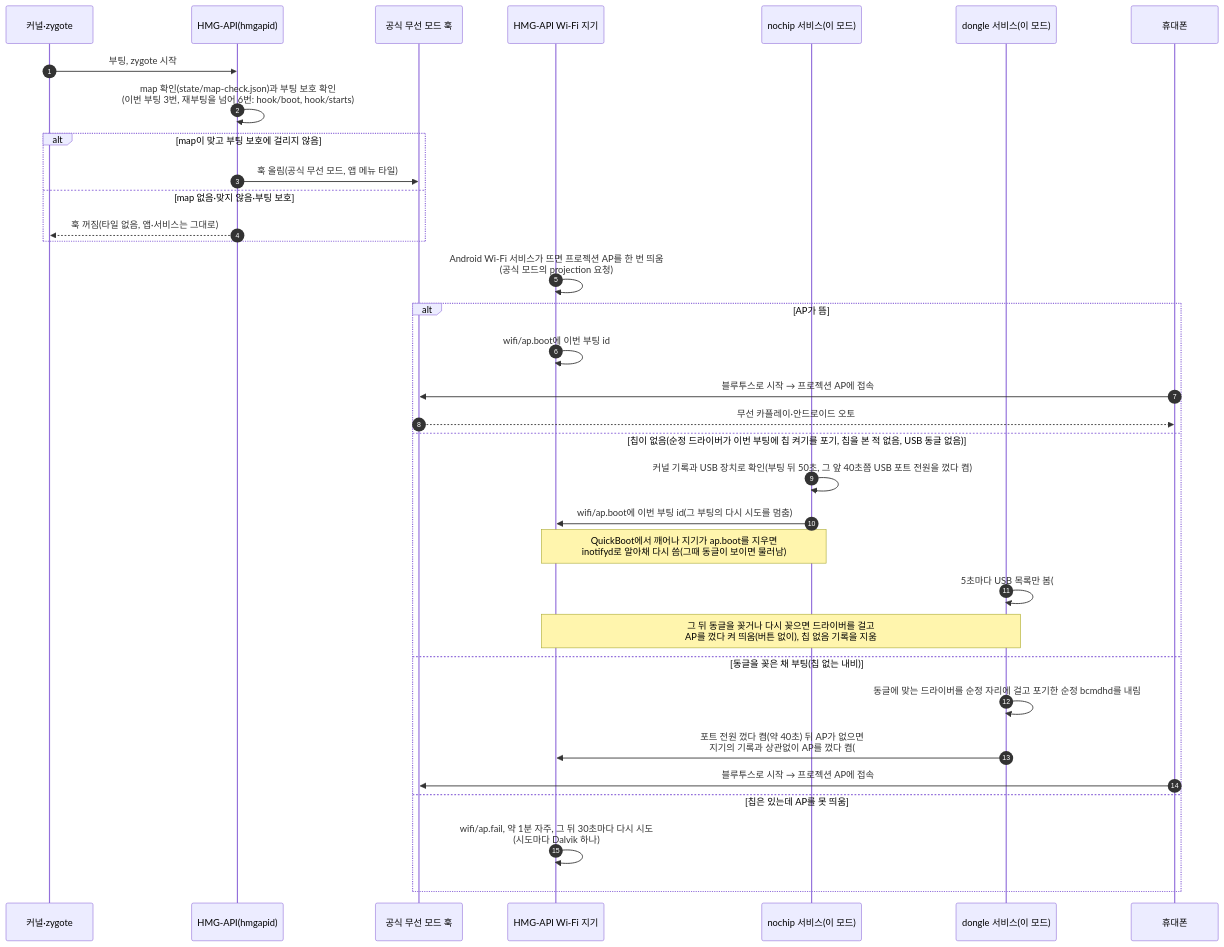
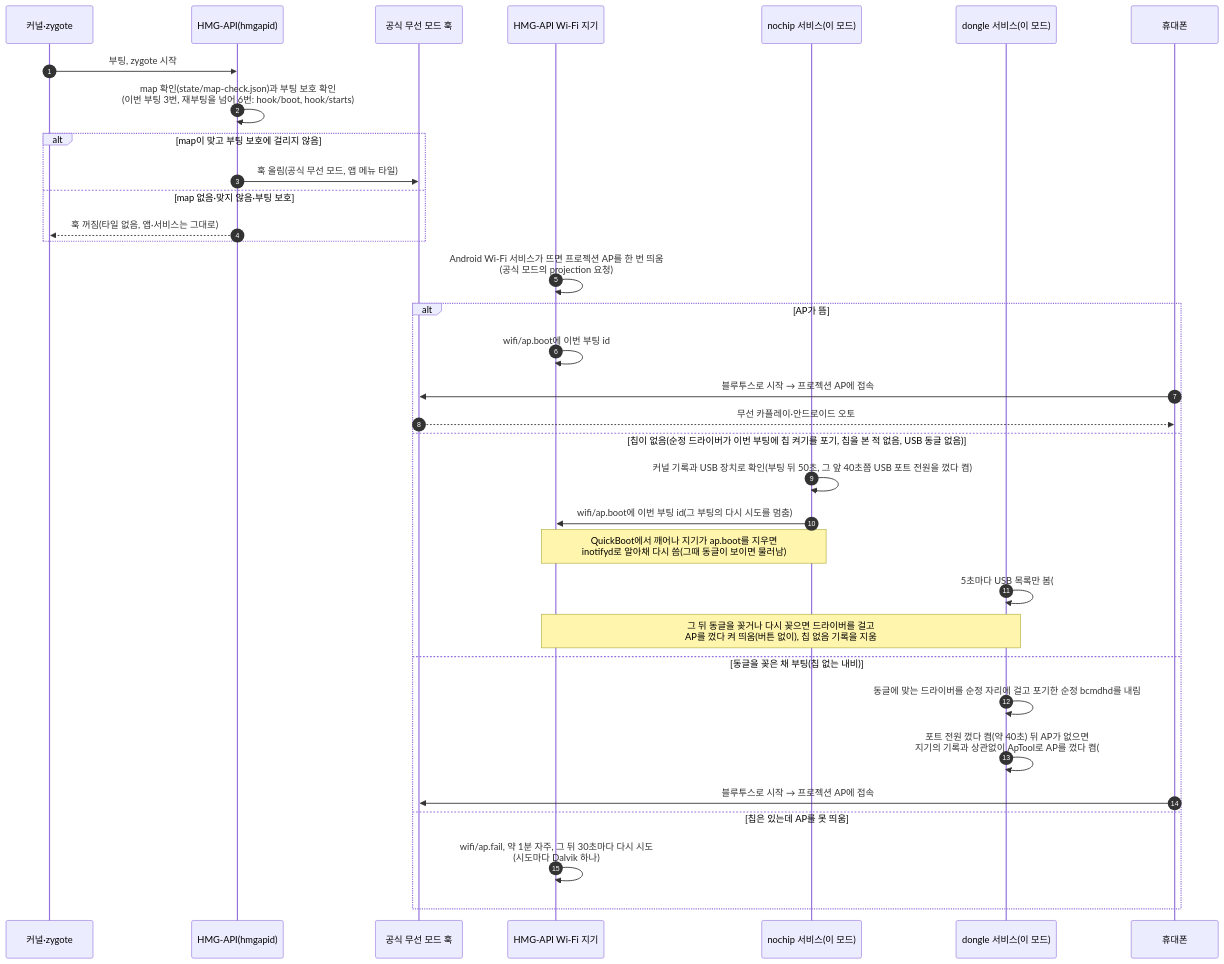
The fourth of 7 diagrams in docs/flow.md (jay-park-lab/hmgapi-nx4-kor), drawn with Mermaid before and after one commit. The commit also changed 7 other files, not shown here.

````diff
--- a/docs/flow.md
+++ b/docs/flow.md
@@ -131,37 +131,37 @@
 ```mermaid
 sequenceDiagram
   autonumber
   participant K as 커널·zygote
   participant H as HMG-API(hmgapid)
   participant W as 공식 무선 모드 훅
   participant A as HMG-API Wi-Fi 지기
   participant N as nochip 서비스(이 모드)
   participant D as dongle 서비스(이 모드)
   participant P as 휴대폰
 
   K->>H: 부팅, zygote 시작
   H->>H: map 확인(state/map-check.json)과 부팅 보호 확인<br/>(이번 부팅 3번, 재부팅을 넘어 6번: hook/boot, hook/starts)
   alt map이 맞고 부팅 보호에 걸리지 않음
     H->>W: 훅 올림(공식 무선 모드, 앱 메뉴 타일)
   else map 없음·맞지 않음·부팅 보호
     H-->>K: 훅 꺼짐(타일 없음, 앱·서비스는 그대로)
   end
   A->>A: Android Wi-Fi 서비스가 뜨면 프로젝션 AP를 한 번 띄움<br/>(공식 모드의 projection 요청)
   alt AP가 뜸
     A->>A: wifi/ap.boot에 이번 부팅 id
     P->>W: 블루투스로 시작 → 프로젝션 AP에 접속
     W-->>P: 무선 카플레이·안드로이드 오토
   else 칩이 없음(순정 드라이버가 이번 부팅에 칩 켜기를 포기, 칩을 본 적 없음, USB 동글 없음)
     N->>N: 커널 기록과 USB 장치로 확인(부팅 뒤 50초, 그 앞 40초쯤 USB 포트 전원을 껐다 켬)
     N->>A: wifi/ap.boot에 이번 부팅 id(그 부팅의 다시 시도를 멈춤)
     Note over N,A: QuickBoot에서 깨어나 지기가 ap.boot를 지우면<br/>inotifyd로 알아채 다시 씀(그때 동글이 보이면 물러남)
     D->>D: 5초마다 USB 목록만 봄(#107)
     Note over D,A: 그 뒤 동글을 꽂거나 다시 꽂으면 드라이버를 걸고<br/>AP를 껐다 켜 띄움(버튼 없이), 칩 없음 기록을 지움
   else 동글을 꽂은 채 부팅(칩 없는 내비)
     D->>D: 동글에 맞는 드라이버를 순정 자리에 걸고 포기한 순정 bcmdhd를 내림
-    D->>A: 포트 전원 껐다 켬(약 40초) 뒤 AP가 없으면<br/>지기의 기록과 상관없이 AP를 껐다 켬(#107)
+    D->>D: 포트 전원 껐다 켬(약 40초) 뒤 AP가 없으면<br/>지기의 기록과 상관없이 ApTool로 AP를 껐다 켬(#107)
     P->>W: 블루투스로 시작 → 프로젝션 AP에 접속
   else 칩은 있는데 AP를 못 띄움
     A->>A: wifi/ap.fail, 약 1분 자주, 그 뒤 30초마다 다시 시도<br/>(시도마다 Dalvik 하나)
   end
 ```
````
